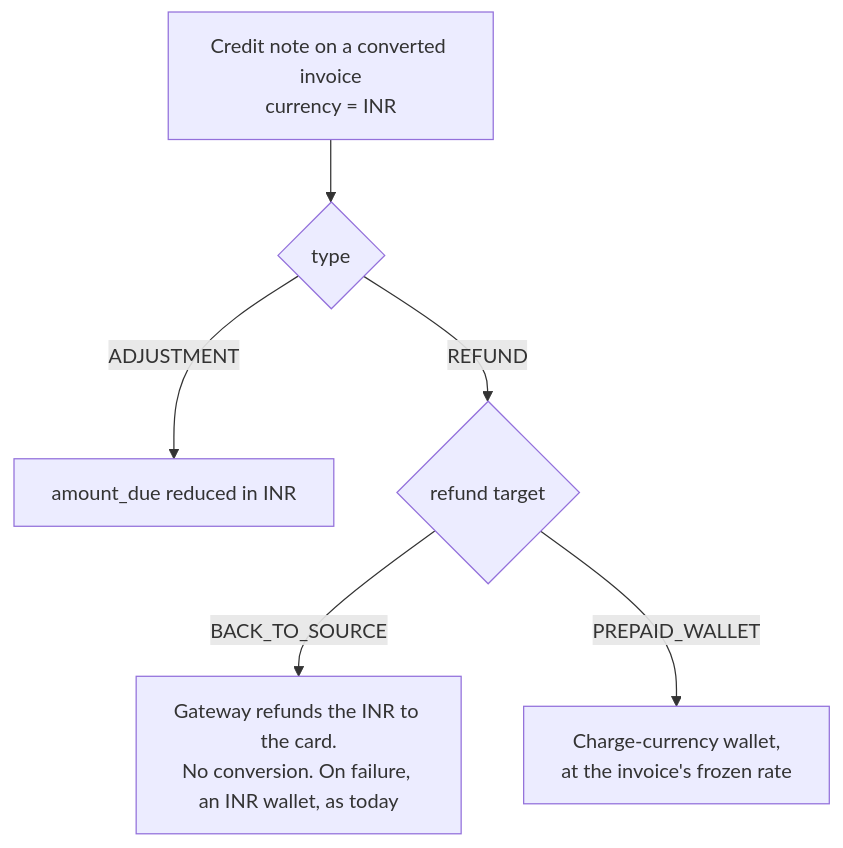
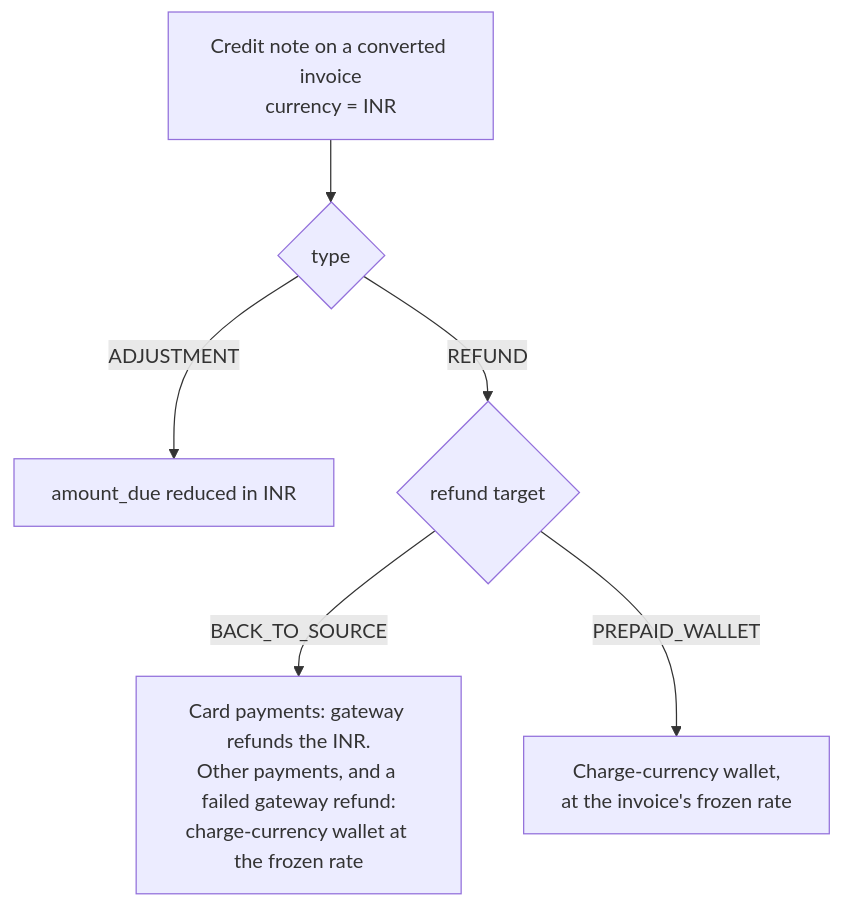
The fifth of 7 diagrams in docs/design/2026-09-26-FLE-1383-adaptive-multi-currency-erd.md (subratsahilgupta/flexprice), drawn with Mermaid before and after one commit. The commit also changed other lines of this file, not shown here.

Commit message:
docs(fx): refund rows stay in inr per payment and convert at settle (ERD §6.3, §7)

````diff
--- a/docs/design/2026-09-26-FLE-1383-adaptive-multi-currency-erd.md
+++ b/docs/design/2026-09-26-FLE-1383-adaptive-multi-currency-erd.md
@@ -591,8 +605,8 @@
 ```mermaid
 flowchart TD
     CN["Credit note on a converted invoice<br/>currency = INR"] --> T{"type"}
     T -- ADJUSTMENT --> ADJ["amount_due reduced in INR"]
     T -- REFUND --> RT{"refund target"}
-    RT -- BACK_TO_SOURCE --> GW["Gateway refunds the INR to the card.<br/>No conversion. On failure, an INR wallet, as today"]
+    RT -- BACK_TO_SOURCE --> GW["Card payments: gateway refunds the INR.<br/>Other payments, and a failed gateway refund:<br/>charge-currency wallet at the frozen rate"]
     RT -- PREPAID_WALLET --> WAL["Charge-currency wallet,<br/>at the invoice's frozen rate"]
 ```
````
